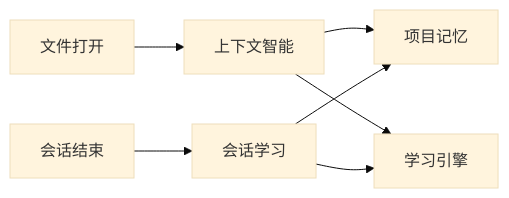
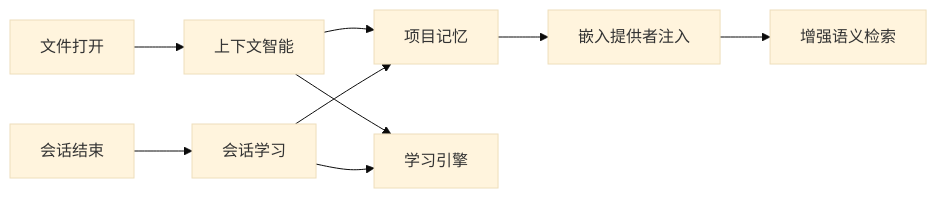
One commit to sofate798/KodrixCode changed the eighth of 9 diagrams in .qoder/repowiki/zh/content/架构设计/代码库智能架构/代码库智能架构.md. Above: the diagram before and after it, drawn with Mermaid (base theme). The commit also changed other lines of this file and 4 other files, not shown here.

````diff
--- a/.qoder/repowiki/zh/content/架构设计/代码库智能架构/代码库智能架构.md
+++ b/.qoder/repowiki/zh/content/架构设计/代码库智能架构/代码库智能架构.md
@@ -271,9 +331,11 @@
 ```mermaid
 graph LR
 FileOpen["文件打开"] --> ContextIntel["上下文智能"]
 ContextIntel --> Memory["项目记忆"]
 ContextIntel --> Learning["学习引擎"]
 SessionEnd["会话结束"] --> SessionLearn["会话学习"]
 SessionLearn --> Memory
 SessionLearn --> Learning
+Memory --> EmbeddingInject["嵌入提供者注入"]
+EmbeddingInject --> EnhancedSearch["增强语义检索"]
 ```
````
